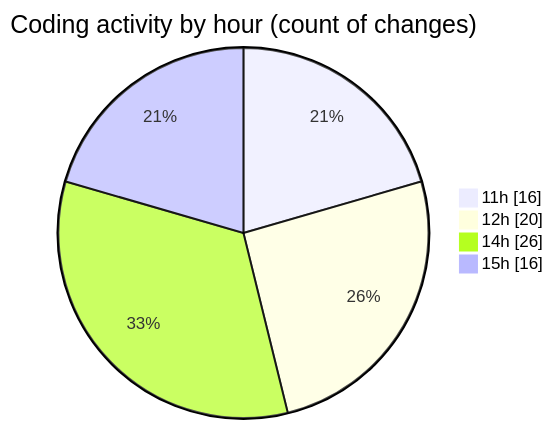
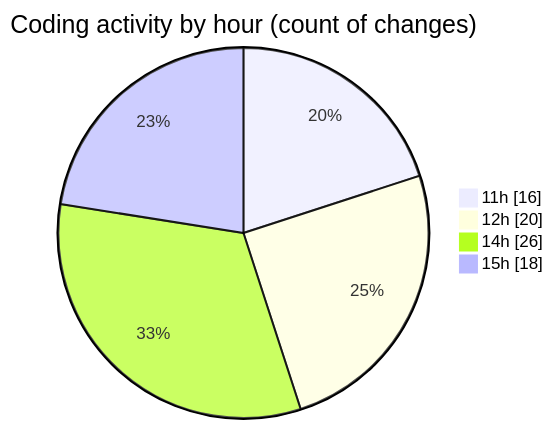
The second of 2 diagrams in 2025-03-26/back-end/README.md (Netris89/code-tracking), drawn with Mermaid before and after one commit. The commit also changed other lines of this file and 1 other file, not shown here.

````diff
--- a/2025-03-26/back-end/README.md
+++ b/2025-03-26/back-end/README.md
@@ -57,8 +57,8 @@
 ```mermaid
 pie showData
 title Coding activity by hour (count of changes)
 "11h" : 16
 "12h" : 20
 "14h" : 26
-"15h" : 16
+"15h" : 18
 ```
````
